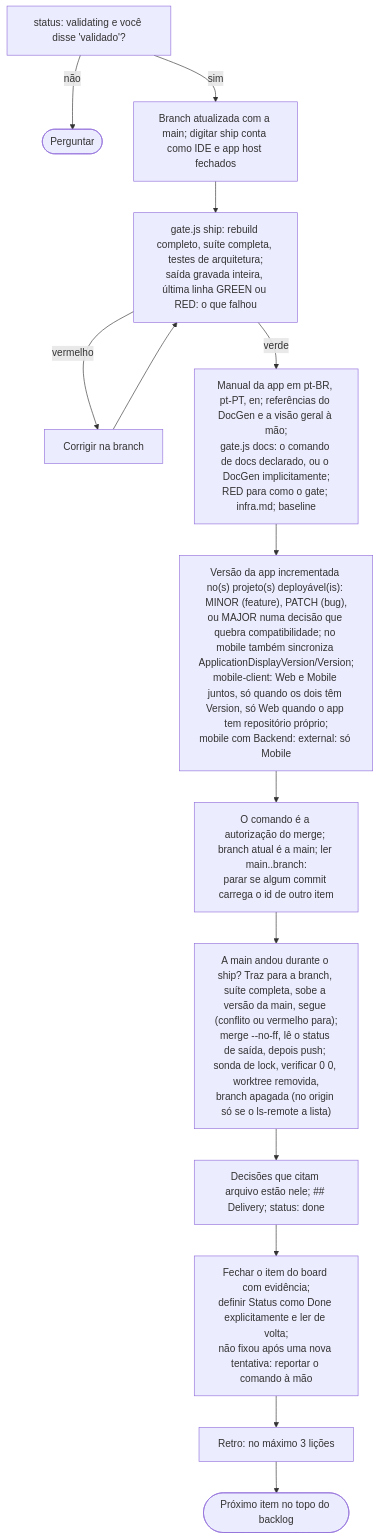
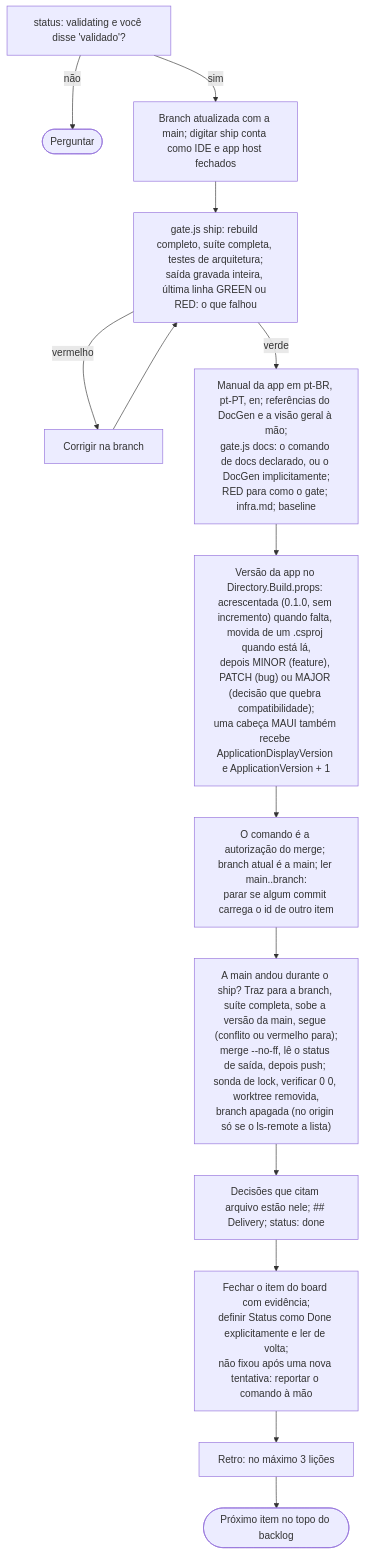
One commit to alexcanario/simulab changed diagram 12 of 20 in docs/agile/workflow.pt-BR.md. Above: the diagram before and after it, drawn with Mermaid. The commit also changed other lines of this file and 5 other files, not shown here.

````diff
--- a/docs/agile/workflow.pt-BR.md
+++ b/docs/agile/workflow.pt-BR.md
@@ -2382,16 +2416,16 @@
 ```mermaid
 flowchart TD
     A["status: validating e você disse 'validado'?"] -->|não| A1(["Perguntar"])
     A -->|sim| B["Branch atualizada com a main; digitar ship conta como IDE e app host fechados"]
     B --> C["gate.js ship: rebuild completo, suíte completa, testes de arquitetura;<br/>saída gravada inteira, última linha GREEN ou RED: o que falhou"]
     C -->|vermelho| C1["Corrigir na branch"]
     C1 --> C
     C -->|verde| D["Manual da app em pt-BR, pt-PT, en; referências do DocGen e a visão geral à mão;<br/>gate.js docs: o comando de docs declarado, ou o DocGen implicitamente;<br/>RED para como o gate; infra.md; baseline"]
-    D --> D1["Versão da app incrementada no(s) projeto(s) deployável(is): MINOR (feature), PATCH (bug),<br/>ou MAJOR numa decisão que quebra compatibilidade; no mobile também sincroniza ApplicationDisplayVersion/Version;<br/>mobile-client: Web e Mobile juntos, só quando os dois têm Version, só Web quando o app tem repositório próprio;<br/>mobile com Backend: external: só Mobile"]
+    D --> D1["Versão da app no Directory.Build.props: acrescentada (0.1.0, sem incremento) quando falta, movida de um .csproj quando está lá,<br/>depois MINOR (feature), PATCH (bug) ou MAJOR (decisão que quebra compatibilidade);<br/>uma cabeça MAUI também recebe ApplicationDisplayVersion e ApplicationVersion + 1"]
     D1 --> E2["O comando é a autorização do merge; branch atual é a main; ler main..branch:<br/>parar se algum commit carrega o id de outro item"]
     E2 --> F["A main andou durante o ship? Traz para a branch, suíte completa, sobe a versão da main, segue (conflito ou vermelho para);<br/>merge --no-ff, lê o status de saída, depois push; sonda de lock, verificar 0 0, worktree removida,<br/>branch apagada (no origin só se o ls-remote a lista)"]
     F --> G["Decisões que citam arquivo estão nele; ## Delivery; status: done"]
     G --> H["Fechar o item do board com evidência;<br/>definir Status como Done explicitamente e ler de volta;<br/>não fixou após uma nova tentativa: reportar o comando à mão"]
     H --> I["Retro: no máximo 3 lições"]
     I --> J(["Próximo item no topo do backlog"])
 ```
````
